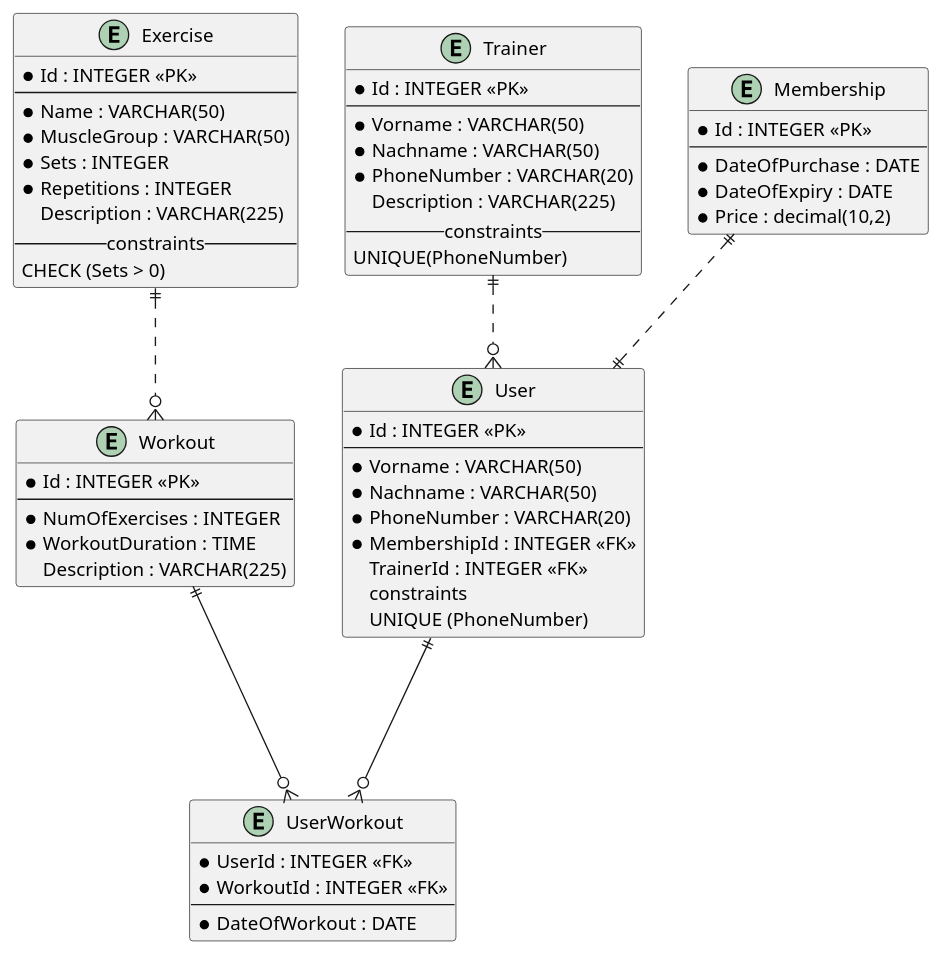
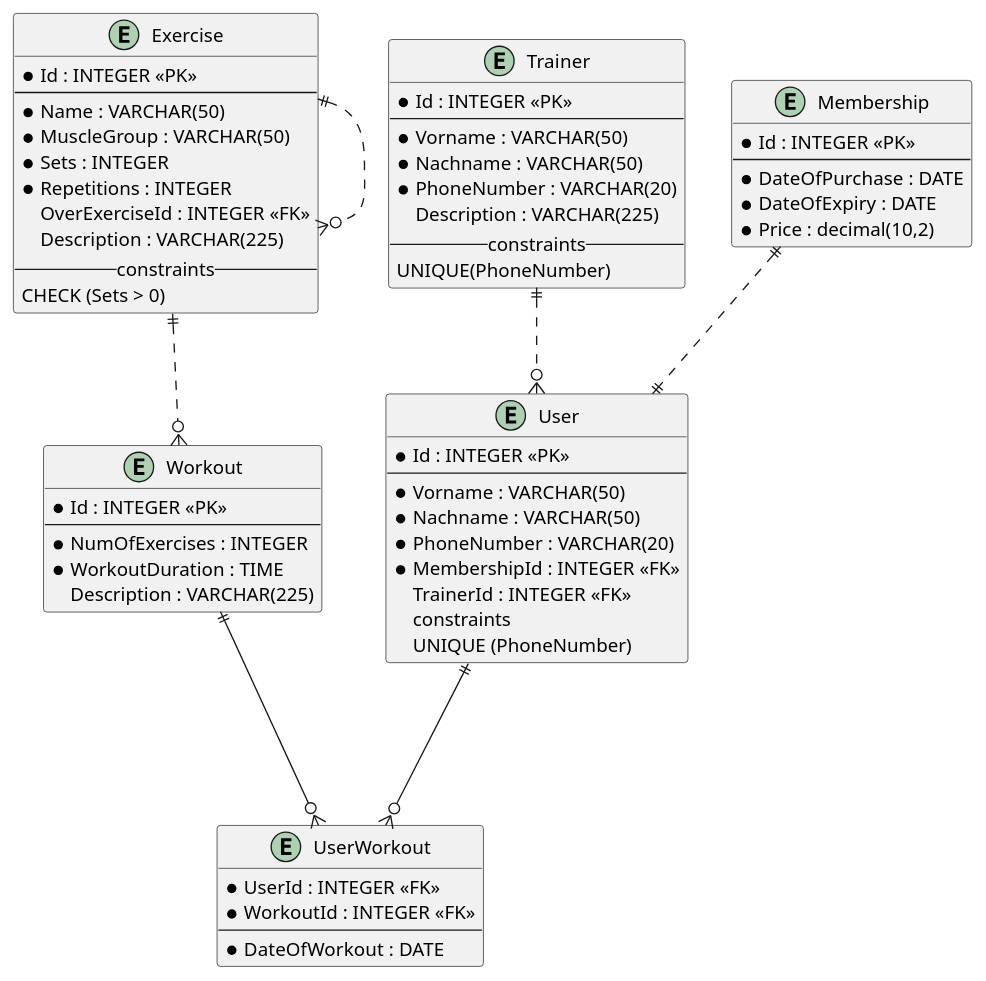
Before and after one commit to PeterMalinowski/FitnessModell: the diagram in Sommersemester/er_physical.puml, drawn with PlantUML.

Commit message:
Rekursive Beziehung

```diff
--- a/Sommersemester/er_physical.puml
+++ b/Sommersemester/er_physical.puml
@@ -1,68 +1,70 @@
 @startuml er_physical
 
 
 entity User{
     *Id : INTEGER <<PK>>
     ---
     *Vorname : VARCHAR(50)
     *Nachname : VARCHAR(50)
     *PhoneNumber : VARCHAR(20)
     *MembershipId : INTEGER <<FK>>
     TrainerId : INTEGER <<FK>>
     --constraints-- 
     UNIQUE (PhoneNumber)
 }
 
 entity Workout{
     *Id : INTEGER <<PK>>
     ---
     *NumOfExercises : INTEGER
     *WorkoutDuration : TIME
     Description : VARCHAR(225)
 }
 
 entity Exercise{
     *Id : INTEGER <<PK>>
     ---
     *Name : VARCHAR(50)
     *MuscleGroup : VARCHAR(50)
     *Sets : INTEGER
     *Repetitions : INTEGER
+    OverExerciseId : INTEGER <<FK>>
     Description : VARCHAR(225)
     --constraints--
     CHECK (Sets > 0)
 }
 
 entity Trainer{
     *Id : INTEGER <<PK>>
     ---
     *Vorname : VARCHAR(50)
     *Nachname : VARCHAR(50)
     *PhoneNumber : VARCHAR(20)
     Description : VARCHAR(225)
     --constraints--
     UNIQUE(PhoneNumber)
 }
 
 entity Membership{
     *Id : INTEGER <<PK>>
     ---
     *DateOfPurchase : DATE
     *DateOfExpiry : DATE
     *Price : decimal(10,2)
 }
 
 entity UserWorkout{
     *UserId : INTEGER <<FK>>
     *WorkoutId : INTEGER <<FK>>
     ---
     *DateOfWorkout : DATE
 }
 
 User ||---o{ UserWorkout
 Workout ||---o{ UserWorkout
 Exercise ||..o{ Workout
 Trainer ||..o{ User
 Membership ||..|| User
+Exercise ||..o{ Exercise
 
 @enduml
```
